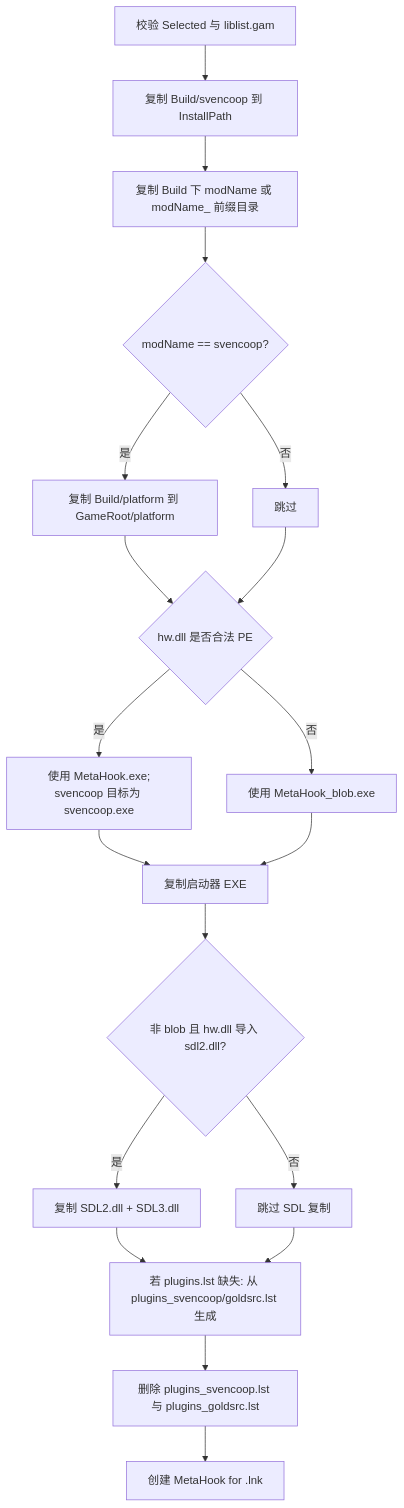
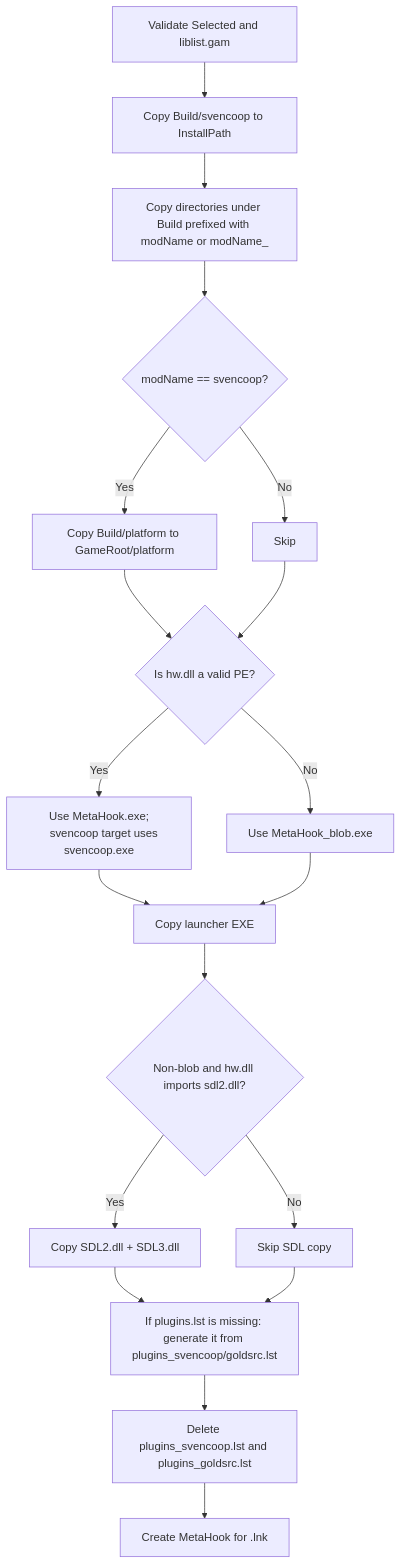
The second of 2 diagrams in memory/MetahookInstaller.md (hzqst/MetaHookSv), drawn with Mermaid before and after one commit. The commit also changed other lines of this file and 47 other files, not shown here.

````diff
--- a/memory/MetahookInstaller.md
+++ b/memory/MetahookInstaller.md
@@ -71,22 +71,22 @@
 ```mermaid
 flowchart TD
-    S[校验 Selected 与 liblist.gam] --> A[复制 Build/svencoop 到 InstallPath]
-    A --> B[复制 Build 下 modName 或 modName_ 前缀目录]
+    S[Validate Selected and liblist.gam] --> A[Copy Build/svencoop to InstallPath]
+    A --> B[Copy directories under Build prefixed with modName or modName_]
     B --> C{modName == svencoop?}
-    C -- 是 --> D[复制 Build/platform 到 GameRoot/platform]
-    C -- 否 --> E[跳过]
+    C -- Yes --> D[Copy Build/platform to GameRoot/platform]
+    C -- No --> E[Skip]
     D --> F
-    E --> F{hw.dll 是否合法 PE}
-    F -- 是 --> G[使用 MetaHook.exe;
-svencoop 目标为 svencoop.exe]
-    F -- 否 --> H[使用 MetaHook_blob.exe]
-    G --> I[复制启动器 EXE]
+    E --> F{Is hw.dll a valid PE?}
+    F -- Yes --> G[Use MetaHook.exe;
+    svencoop target uses svencoop.exe]
+    F -- No --> H[Use MetaHook_blob.exe]
+    G --> I[Copy launcher EXE]
     H --> I
-    I --> J{非 blob 且 hw.dll 导入 sdl2.dll?}
-    J -- 是 --> K[复制 SDL2.dll + SDL3.dll]
-    J -- 否 --> L[跳过 SDL 复制]
+    I --> J{Non-blob and hw.dll imports sdl2.dll?}
+    J -- Yes --> K[Copy SDL2.dll + SDL3.dll]
+    J -- No --> L[Skip SDL copy]
     K --> M
-    L --> M[若 plugins.lst 缺失: 从 plugins_svencoop/goldsrc.lst 生成]
-    M --> N[删除 plugins_svencoop.lst 与 plugins_goldsrc.lst]
-    N --> O[创建 MetaHook for <Game>.lnk]
+    L --> M[If plugins.lst is missing: generate it from plugins_svencoop/goldsrc.lst]
+    M --> N[Delete plugins_svencoop.lst and plugins_goldsrc.lst]
+    N --> O[Create MetaHook for <Game>.lnk]
 ```
````
